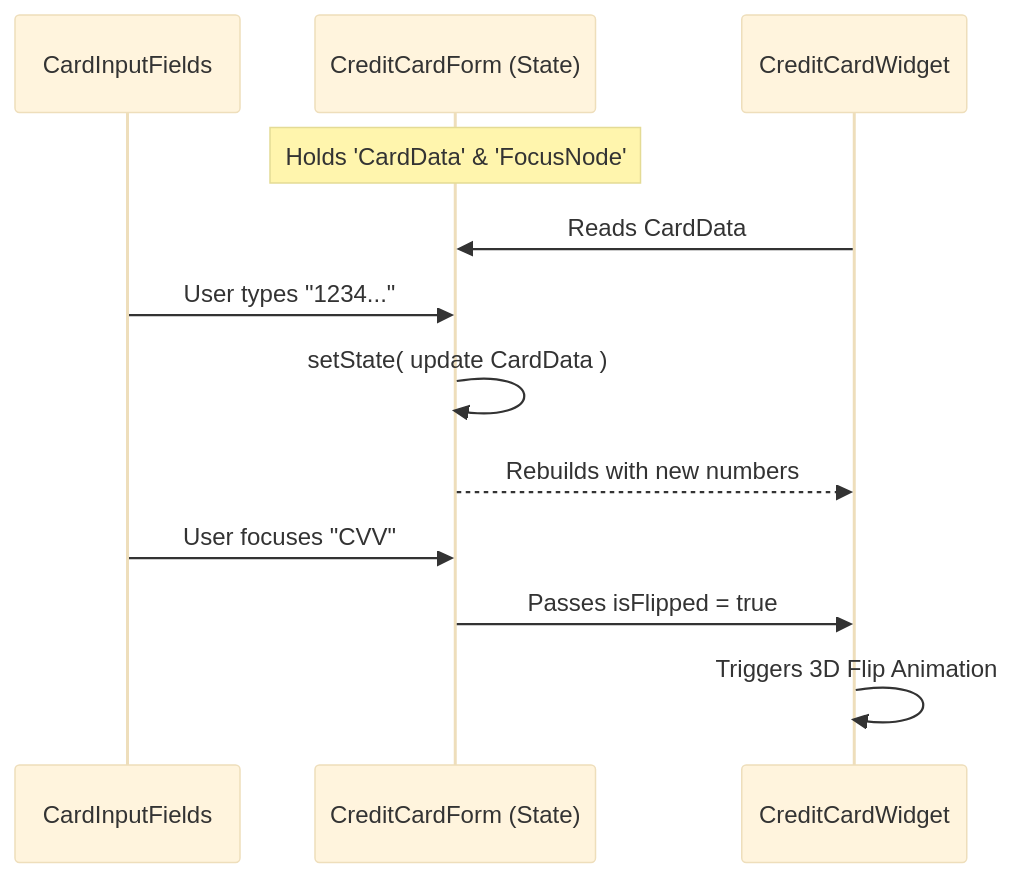
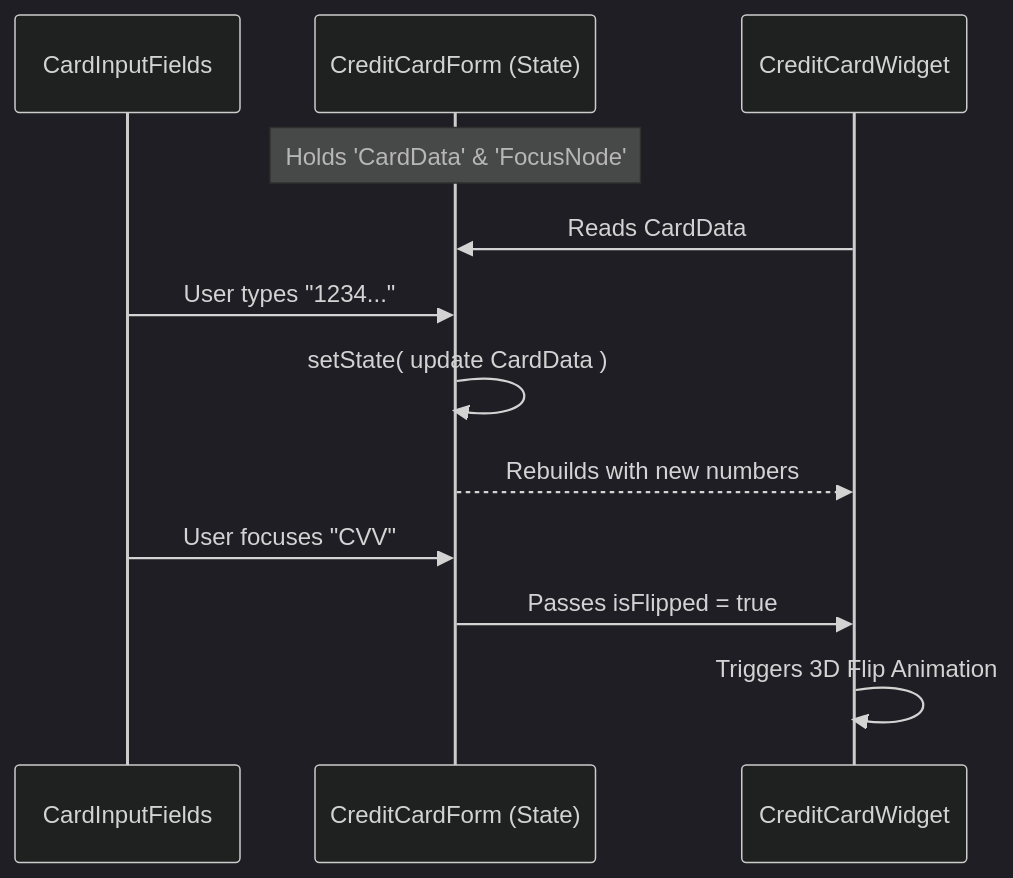
The second of 3 diagrams in PRESENTATION_NOTES.md (Berkay2002/TDDC73), drawn with Mermaid before and after one commit. The commit also changed other lines of this file and 17 other files, not shown here.

````diff
--- a/PRESENTATION_NOTES.md
+++ b/PRESENTATION_NOTES.md
@@ -62,18 +47,18 @@
 ```mermaid
-%%{init: {'theme': 'base'}}%%
+%%{init: {'theme': 'dark'}}%%
 sequenceDiagram
     participant Input as CardInputFields
     participant Parent as CreditCardForm (State)
     participant Visual as CreditCardWidget
 
     Note over Parent: Holds 'CardData' & 'FocusNode'
     
     Visual->>Parent: Reads CardData
     Input->>Parent: User types "1234..."
     Parent->>Parent: setState( update CardData )
     Parent-->>Visual: Rebuilds with new numbers
     
     Input->>Parent: User focuses "CVV"
     Parent->>Visual: Passes isFlipped = true
     Visual->>Visual: Triggers 3D Flip Animation
 ```
````
